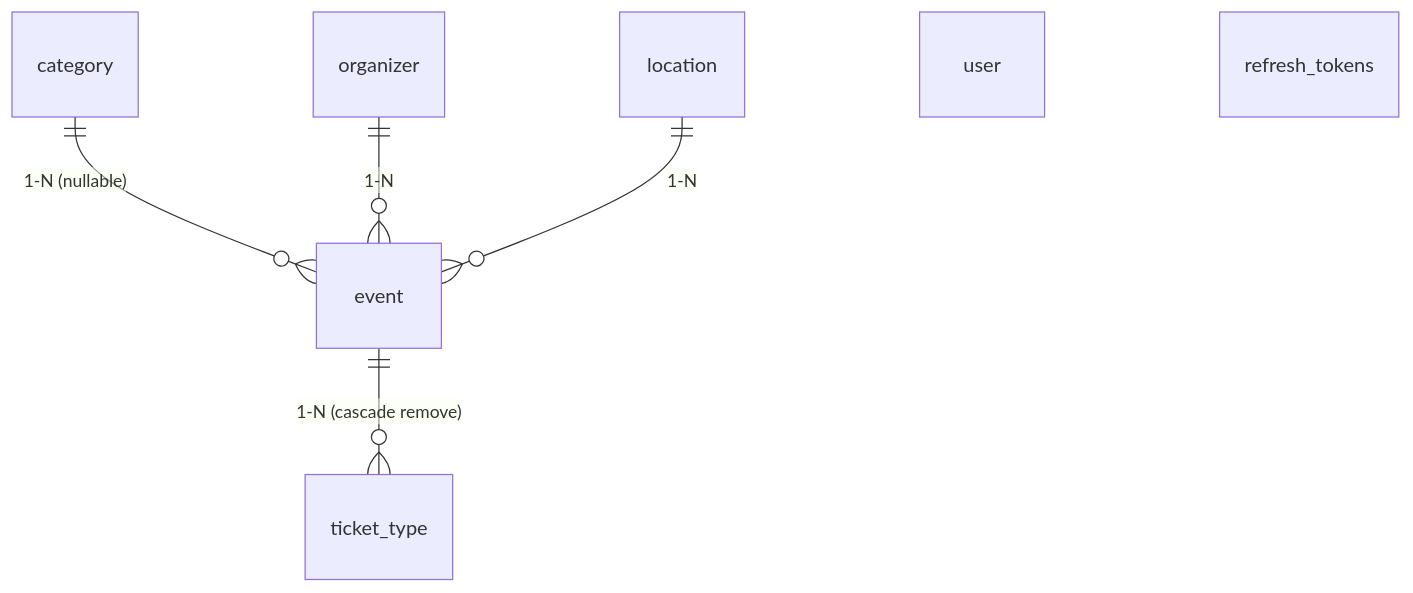
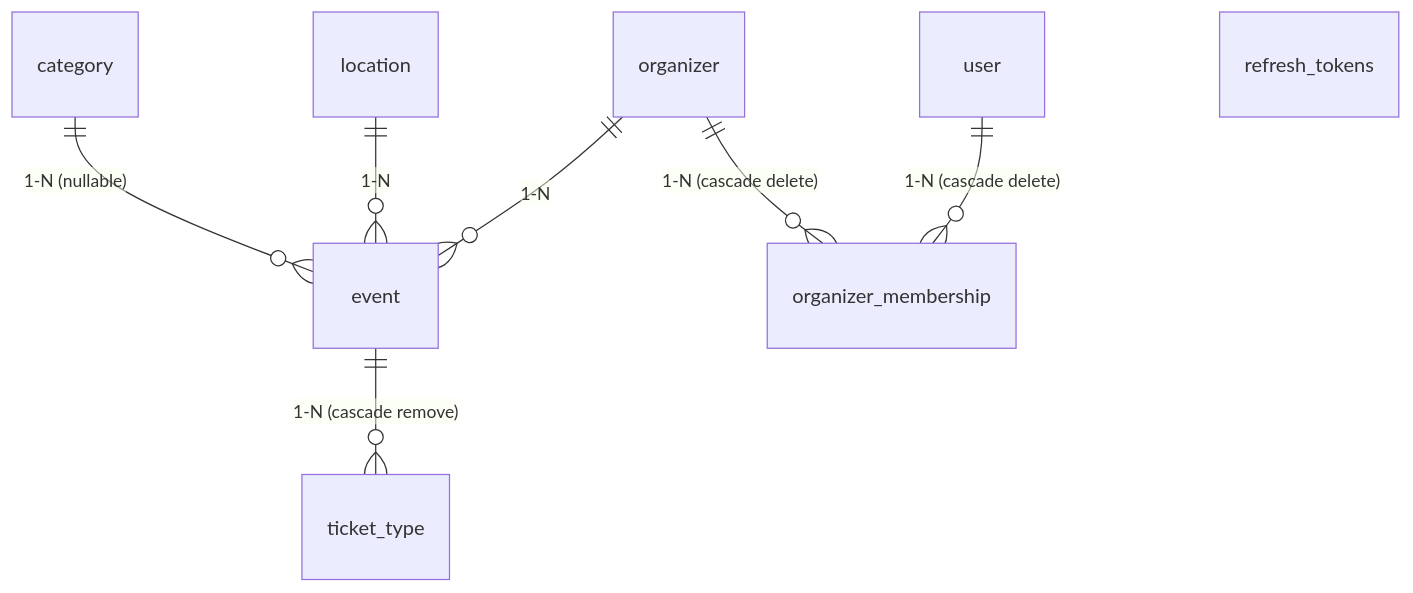
Before and after one commit to Jehovanie/TicketUp-Api: the diagram in STRUCTURE_BDD.md, drawn with Mermaid. The commit also changed other lines of this file and 37 other files, not shown here.

First line of the commit message:
feat: Implement organizer membership management

````diff
--- a/STRUCTURE_BDD.md
+++ b/STRUCTURE_BDD.md
@@ -11,9 +11,10 @@
 ```mermaid
 erDiagram
     category  ||--o{ event       : "1-N (nullable)"
     organizer ||--o{ event       : "1-N"
     location  ||--o{ event       : "1-N"
     event     ||--o{ ticket_type : "1-N (cascade remove)"
-    user
+    user      ||--o{ organizer_membership : "1-N (cascade delete)"
+    organizer ||--o{ organizer_membership : "1-N (cascade delete)"
     refresh_tokens
 ```
````
